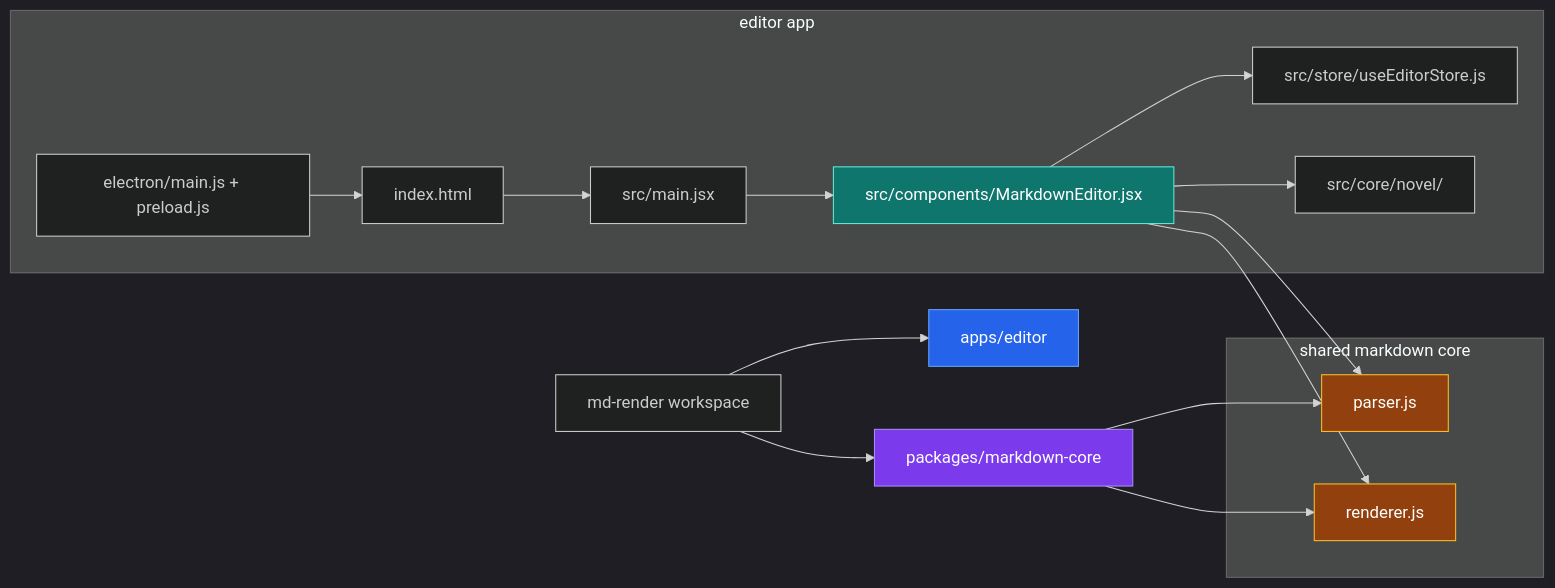
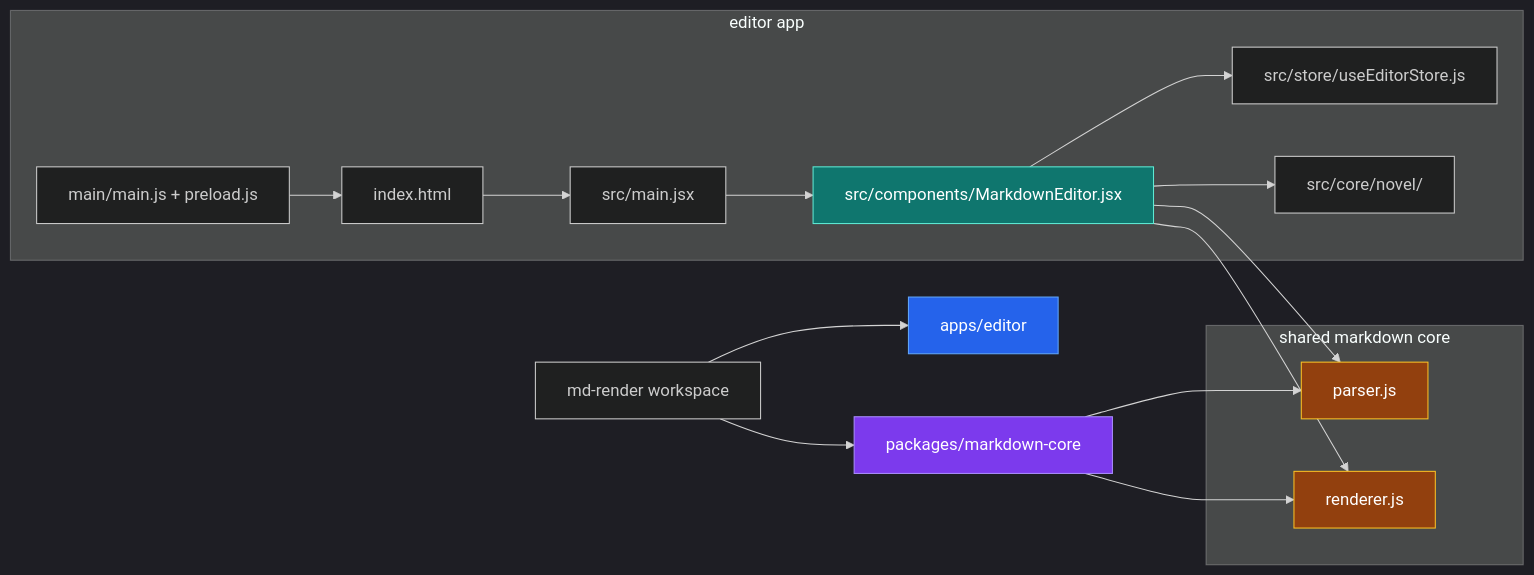
The third of 3 diagrams in ARCHITECTURE.md (Canace22/md-render), drawn with Mermaid before and after one commit. The commit also changed other lines of this file and 59 other files, not shown here.

````diff
--- a/ARCHITECTURE.md
+++ b/ARCHITECTURE.md
@@ -76,36 +76,36 @@
 ```mermaid
 %%{init: {'theme':'dark'}}%%
 flowchart LR
     ROOT["md-render workspace"] --> APP["apps/editor"]
     ROOT --> CORE["packages/markdown-core"]
 
     subgraph APPGRAPH["editor app"]
         HTML["index.html"]
         MAIN["src/main.jsx"]
         EDITOR["src/components/MarkdownEditor.jsx"]
         STORE["src/store/useEditorStore.js"]
         NOVEL["src/core/novel/"]
-        ELECTRON["electron/main.js + preload.js"]
+        ELECTRON["main/main.js + preload.js"]
     end
 
     subgraph COREGRAPH["shared markdown core"]
         PARSER["parser.js"]
         RENDERER["renderer.js"]
     end
 
     HTML --> MAIN
     MAIN --> EDITOR
     EDITOR --> STORE
     EDITOR --> NOVEL
     EDITOR --> PARSER
     EDITOR --> RENDERER
     ELECTRON --> HTML
     CORE --> PARSER
     CORE --> RENDERER
 
     style APP fill:#2563eb,stroke:#60a5fa,color:#fff
     style CORE fill:#7c3aed,stroke:#a78bfa,color:#fff
     style EDITOR fill:#0f766e,stroke:#5eead4,color:#fff
     style PARSER fill:#92400e,stroke:#fbbf24,color:#fff
     style RENDERER fill:#92400e,stroke:#fbbf24,color:#fff
 ```
````
